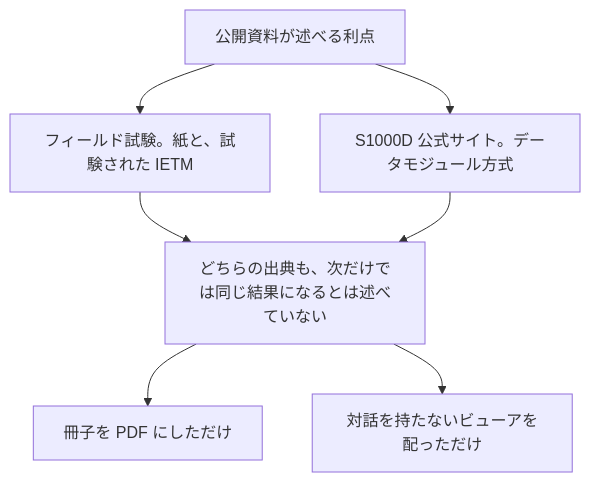
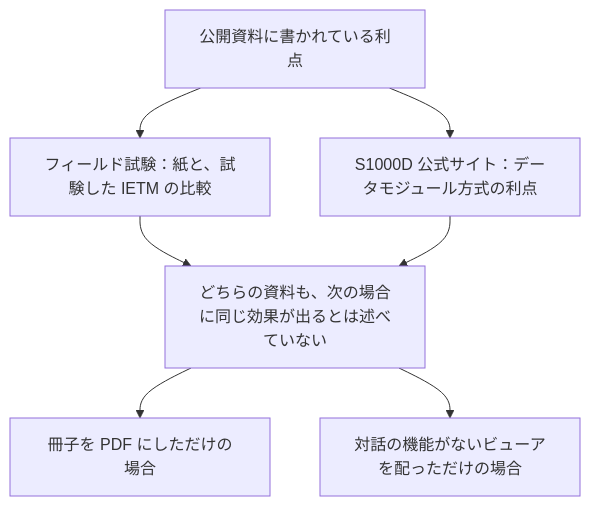
Before and after one commit to shuji-bonji/zenn-articles: the diagram in books/ietm-overview/benefits-and-considerations.md, drawn with Mermaid. The commit also changed other lines of this file, not shown here.

````diff
--- a/books/ietm-overview/benefits-and-considerations.md
+++ b/books/ietm-overview/benefits-and-considerations.md
@@ -15,9 +13,9 @@
 ```mermaid
 flowchart TB
-  A["公開資料が述べる利点"] --> B["フィールド試験。紙と、試験された IETM"]
-  A --> C["S1000D 公式サイト。データモジュール方式"]
-  B --> N["どちらの出典も、次だけでは同じ結果になるとは述べていない"]
+  A["公開資料に書かれている利点"] --> B["フィールド試験：紙と、試験した IETM の比較"]
+  A --> C["S1000D 公式サイト：データモジュール方式の利点"]
+  B --> N["どちらの資料も、次の場合に同じ効果が出るとは述べていない"]
   C --> N
-  N --> E["冊子を PDF にしただけ"]
-  N --> F["対話を持たないビューアを配っただけ"]
+  N --> E["冊子を PDF にしただけの場合"]
+  N --> F["対話の機能がないビューアを配っただけの場合"]
 ```
````
